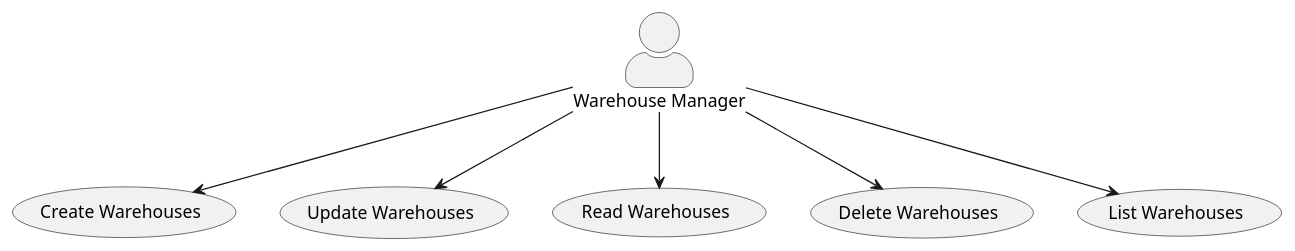
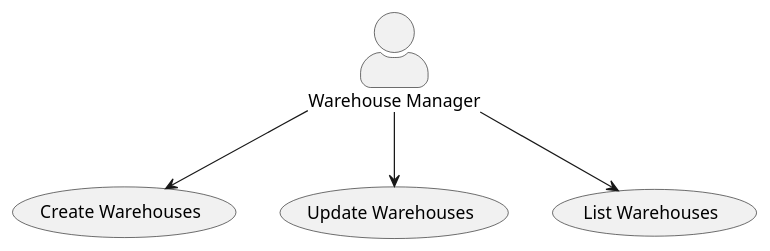
The diagram in Documents/1200720/.puml/UC_Warehouse.puml (0franciscor/dei_3dj_057), drawn with PlantUML before and after one commit. The commit also changed 30 other files, not shown here.

Commit message:
#134 - Diagramas de nível 3 relativos a vista de processos da criação, edição e listagem dos armazéns.

```diff
--- a/Documents/1200720/.puml/UC_Warehouse.puml
+++ b/Documents/1200720/.puml/UC_Warehouse.puml
@@ -1,17 +1,13 @@
 @startuml
 
 skinparam actorStyle awesome
 "Warehouse Manager" as Admin
 
 "Create Warehouses" as (US1)
 "Update Warehouses" as (US2)
-"Read Warehouses" as (US3)
-"Delete Warehouses" as (US4)
 "List Warehouses" as (US5)
 
 Admin --> (US1)
 Admin --> (US2)
-Admin --> (US3)
-Admin --> (US4)
 Admin --> (US5)
 @enduml
```
